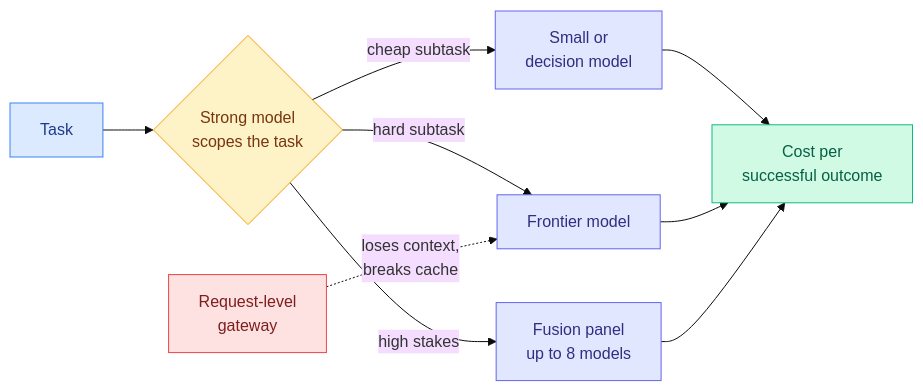
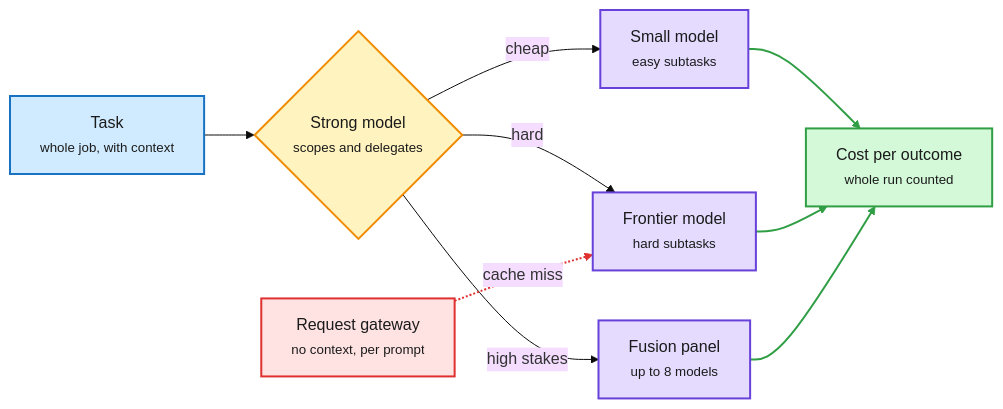
One commit to bayesiansapien/cere-bro changed the sixth of 9 diagrams in wiki/daily-digest/2026-09/2026-09-27.md. Above: the diagram before and after it, drawn with Mermaid (base theme). The commit also changed other lines of this file, not shown here.

````diff
--- a/wiki/daily-digest/2026-09/2026-09-27.md
+++ b/wiki/daily-digest/2026-09/2026-09-27.md
@@ -242,21 +332,25 @@
 ```mermaid
 flowchart LR
-  T[Task] --> S{Strong model<br/>scopes the task}
-  S -->|cheap subtask| C[Small or<br/>decision model]
-  S -->|hard subtask| F[Frontier model]
-  S -->|high stakes| P[Fusion panel<br/>up to 8 models]
-  C --> K[Cost per<br/>successful outcome]
+  T["Task<br/><small>whole job, with context</small>"] --> S{"Strong model<br/><small>scopes and delegates</small>"}
+  S -->|cheap| C["Small model<br/><small>easy subtasks</small>"]
+  S -->|hard| F["Frontier model<br/><small>hard subtasks</small>"]
+  S -->|high stakes| P["Fusion panel<br/><small>up to 8 models</small>"]
+  C --> K["Cost per outcome<br/><small>whole run counted</small>"]
   F --> K
   P --> K
-  R[Request-level<br/>gateway] -.loses context,<br/>breaks cache.-> F
-  classDef input fill:#dbeafe,stroke:#3b82f6,color:#1e3a8a
-  classDef decision fill:#fef3c7,stroke:#f59e0b,color:#78350f
-  classDef output fill:#d1fae5,stroke:#10b981,color:#065f46
-  classDef warn fill:#fee2e2,stroke:#ef4444,color:#7f1d1d
-  classDef aux fill:#e0e7ff,stroke:#6366f1,color:#312e81
+  R["Request gateway<br/><small>no context, per prompt</small>"] -.->|cache miss| F
+  classDef input fill:#d0ebff,stroke:#1971c2,color:#1b1b1b,stroke-width:2px
+  classDef core fill:#e5dbff,stroke:#6741d9,color:#1b1b1b,stroke-width:2px
+  classDef loop fill:#fff3bf,stroke:#f08c00,color:#1b1b1b,stroke-width:2px
+  classDef exit fill:#d3f9d8,stroke:#2f9e44,color:#1b1b1b,stroke-width:2px
+  classDef err fill:#ffe3e3,stroke:#e03131,color:#1b1b1b,stroke-width:2px
   class T input
-  class S decision
-  class C,F,P aux
-  class K output
-  class R warn
+  class S loop
+  class C,F,P core
+  class K exit
+  class R err
+  linkStyle 4 stroke:#2f9e44,stroke-width:2px
+  linkStyle 5 stroke:#2f9e44,stroke-width:2px
+  linkStyle 6 stroke:#2f9e44,stroke-width:2px
+  linkStyle 7 stroke:#e03131,stroke-width:2px
 ```
````
